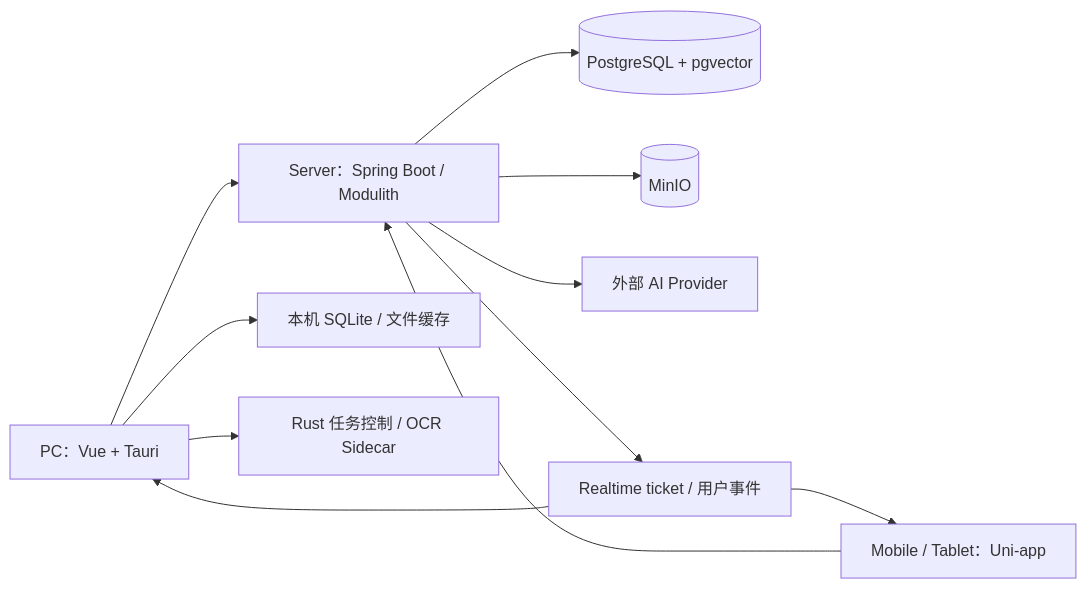
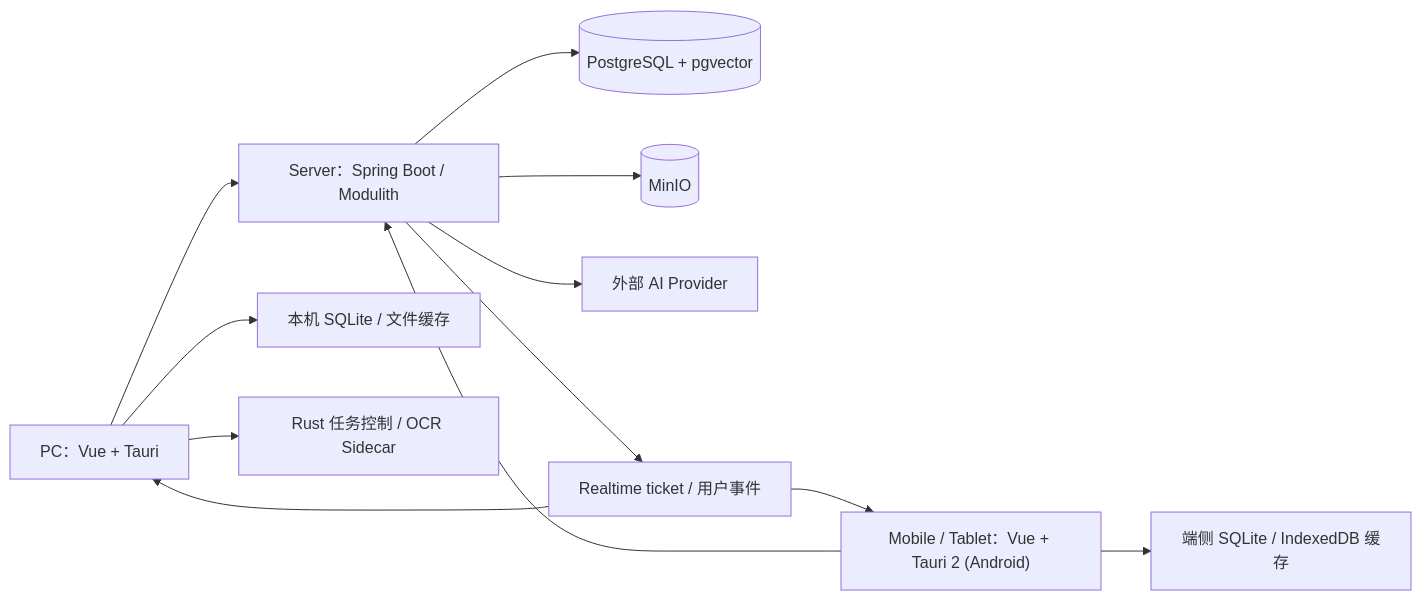
Before and after one commit to fewhuooo/Auralis: the first of 2 diagrams in docs/project/Architecture.md, drawn with Mermaid. The commit also changed other lines of this file and 13 other files, not shown here.

Commit message:
docs(mobile): complete stage 5 Tauri 2 migration documentation writeback

````diff
--- a/docs/project/Architecture.md
+++ b/docs/project/Architecture.md
@@ -15,13 +15,14 @@
 ```mermaid
 flowchart LR
   PC["PC：Vue + Tauri"] --> API["Server：Spring Boot / Modulith"]
   PC --> Local["本机 SQLite / 文件缓存"]
   PC --> OCR["Rust 任务控制 / OCR Sidecar"]
-  Mobile["Mobile / Tablet：Uni-app"] --> API
+  Mobile["Mobile / Tablet：Vue + Tauri 2 (Android)"] --> API
+  Mobile --> MLocal["端侧 SQLite / IndexedDB 缓存"]
   API --> PG[(PostgreSQL + pgvector)]
   API --> Objects[(MinIO)]
   API --> Provider["外部 AI Provider"]
   API --> Events["Realtime ticket / 用户事件"]
   Events --> PC
   Events --> Mobile
 ```
````
